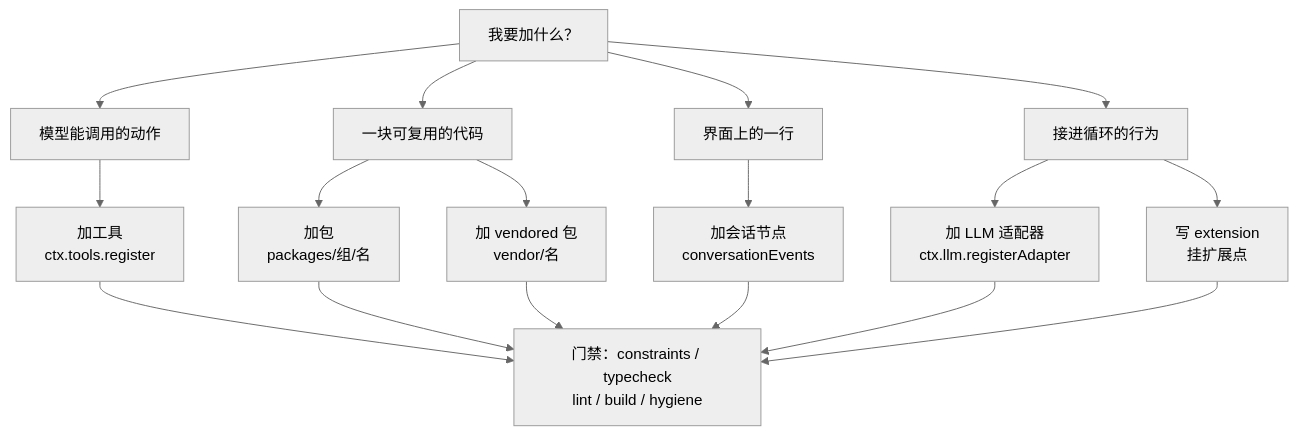
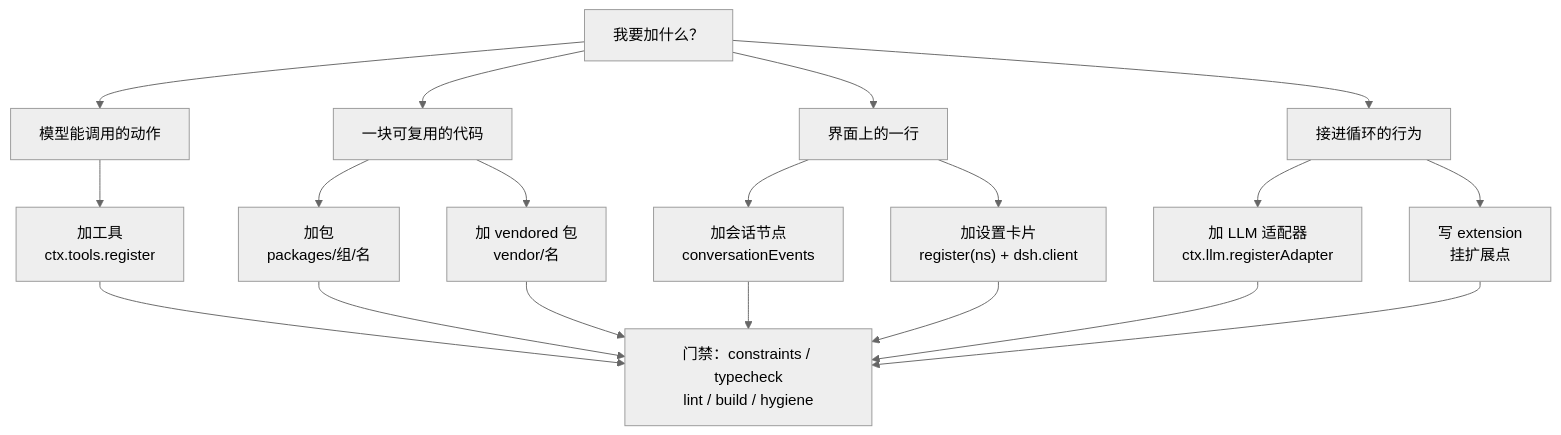
The first of 2 diagrams in Part VI Dev Conventions/31-修改配方.md (xiaonancs/deepseek-harness-deep-dive), drawn with Mermaid before and after one commit. The commit also changed other lines of this file and 6 other files, not shown here.

````diff
--- a/Part VI Dev Conventions/31-修改配方.md
+++ b/Part VI Dev Conventions/31-修改配方.md
@@ -17,23 +17,25 @@
 ```mermaid
 %%{init: {'theme':'neutral'}}%%
 flowchart TD
   Q["我要加什么？"] --> T["模型能调用的动作"]
   Q --> P["一块可复用的代码"]
   Q --> U["界面上的一行"]
   Q --> B["接进循环的行为"]
 
   T --> Tool["加工具<br/>ctx.tools.register"]
   P --> Pkg["加包<br/>packages/组/名"]
   P --> Vend["加 vendored 包<br/>vendor/名"]
   B --> Llm["加 LLM 适配器<br/>ctx.llm.registerAdapter"]
   U --> Node["加会话节点<br/>conversationEvents"]
+  U --> Card["加设置卡片<br/>register(ns) + dsh.client"]
   B --> Ext["写 extension<br/>挂扩展点"]
 
   Gate["门禁：constraints / typecheck<br/>lint / build / hygiene"]
   Tool --> Gate
   Pkg --> Gate
   Vend --> Gate
   Llm --> Gate
   Node --> Gate
+  Card --> Gate
   Ext --> Gate
 ```
````
